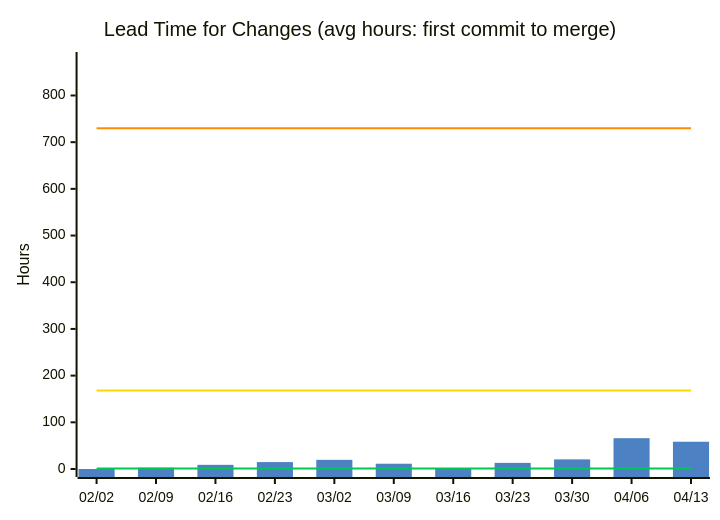
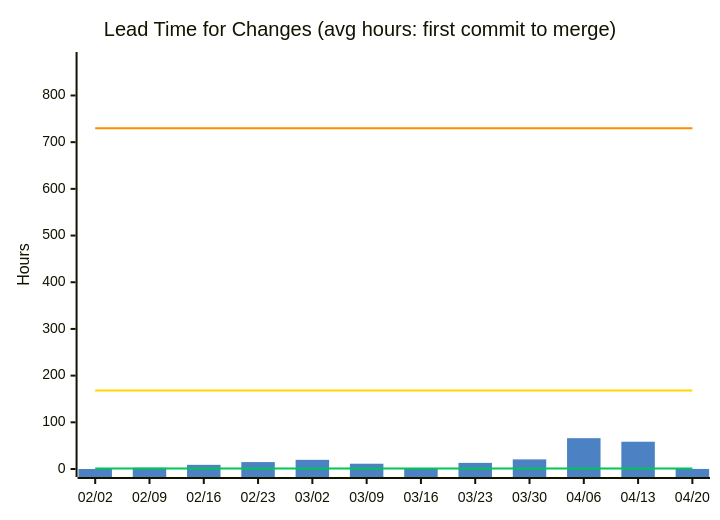
Before and after one commit to nablarch/nabledge-dev: the second of 14 diagrams in docs/metrics.md, drawn with Mermaid. The commit also changed other lines of this file and 2 other files, not shown here.

````diff
--- a/docs/metrics.md
+++ b/docs/metrics.md
@@ -49,11 +49,11 @@
 ```mermaid
 %%{init: {'theme': 'base', 'themeVariables': {'xyChart': {'plotColorPalette': '#4C82C3,#00C853,#FFD600,#FF8C00'}}}}%%
 xychart-beta
   title "Lead Time for Changes (avg hours: first commit to merge)"
-  x-axis ["02/02", "02/09", "02/16", "02/23", "03/02", "03/09", "03/16", "03/23", "03/30", "04/06", "04/13"]
+  x-axis ["02/02", "02/09", "02/16", "02/23", "03/02", "03/09", "03/16", "03/23", "03/30", "04/06", "04/13", "04/20"]
   y-axis "Hours" 0 --> 876
-  bar [0, 2.7, 8.9, 14.8, 19.6, 11.3, 0, 13.1, 20.6, 66, 58.4]
-  line [1, 1, 1, 1, 1, 1, 1, 1, 1, 1, 1]
-  line [168, 168, 168, 168, 168, 168, 168, 168, 168, 168, 168]
-  line [730, 730, 730, 730, 730, 730, 730, 730, 730, 730, 730]
+  bar [0, 2.7, 8.9, 14.8, 19.6, 11.3, 0, 13.1, 20.6, 66, 58.4, 0.1]
+  line [1, 1, 1, 1, 1, 1, 1, 1, 1, 1, 1, 1]
+  line [168, 168, 168, 168, 168, 168, 168, 168, 168, 168, 168, 168]
+  line [730, 730, 730, 730, 730, 730, 730, 730, 730, 730, 730, 730]
 ```
````
